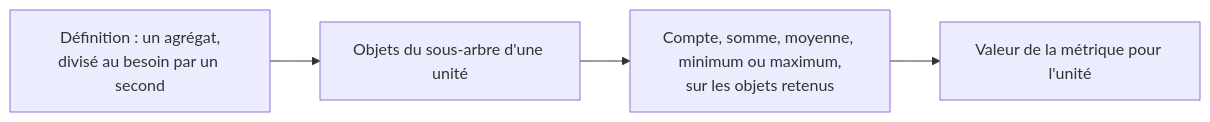
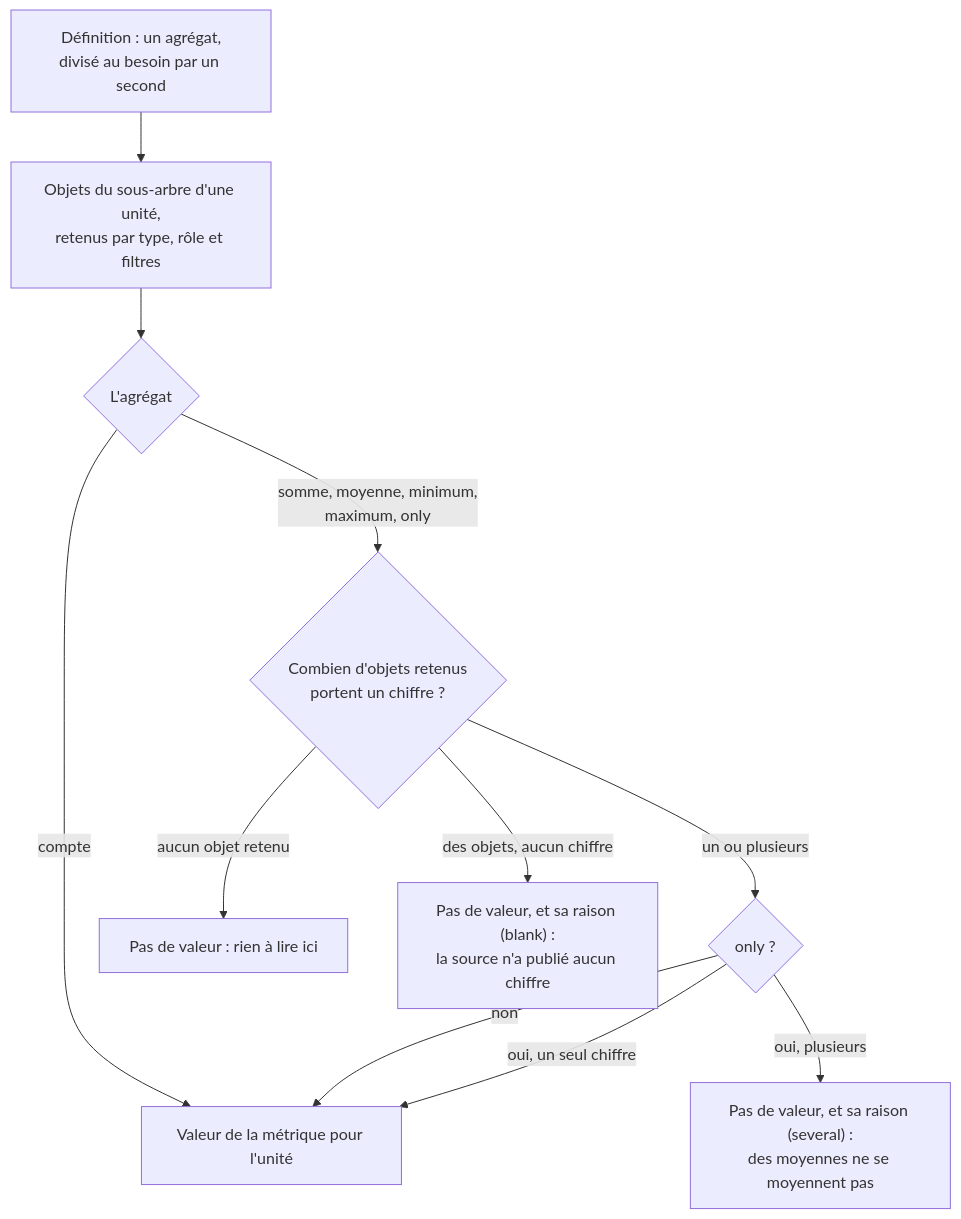
One commit to V1ktor7/obscyro changed diagram 35 of 41 in docs/algorithms.md. Above: the diagram before and after it, drawn with Mermaid. The commit also changed other lines of this file and 36 other files, not shown here.

````diff
--- a/docs/algorithms.md
+++ b/docs/algorithms.md
@@ -1147,6 +1147,13 @@
 ```mermaid
-flowchart LR
-    A["Définition : un agrégat,<br/>divisé au besoin par un second"] --> B["Objets du sous-arbre d'une unité"]
-    B --> C["Compte, somme, moyenne, minimum ou maximum,<br/>sur les objets retenus"]
-    C --> D["Valeur de la métrique pour l'unité"]
+flowchart TD
+    A["Définition : un agrégat,<br/>divisé au besoin par un second"] --> B["Objets du sous-arbre d'une unité,<br/>retenus par type, rôle et filtres"]
+    B --> K{"L'agrégat"}
+    K -->|"compte"| V["Valeur de la métrique pour l'unité"]
+    K -->|"somme, moyenne, minimum,<br/>maximum, only"| C{"Combien d'objets retenus<br/>portent un chiffre ?"}
+    C -->|"aucun objet retenu"| N["Pas de valeur : rien à lire ici"]
+    C -->|"des objets, aucun chiffre"| W1["Pas de valeur, et sa raison (blank) :<br/>la source n'a publié aucun chiffre"]
+    C -->|"un ou plusieurs"| D{"only ?"}
+    D -->|"non"| V
+    D -->|"oui, un seul chiffre"| V
+    D -->|"oui, plusieurs"| W2["Pas de valeur, et sa raison (several) :<br/>des moyennes ne se moyennent pas"]
 ```
````
